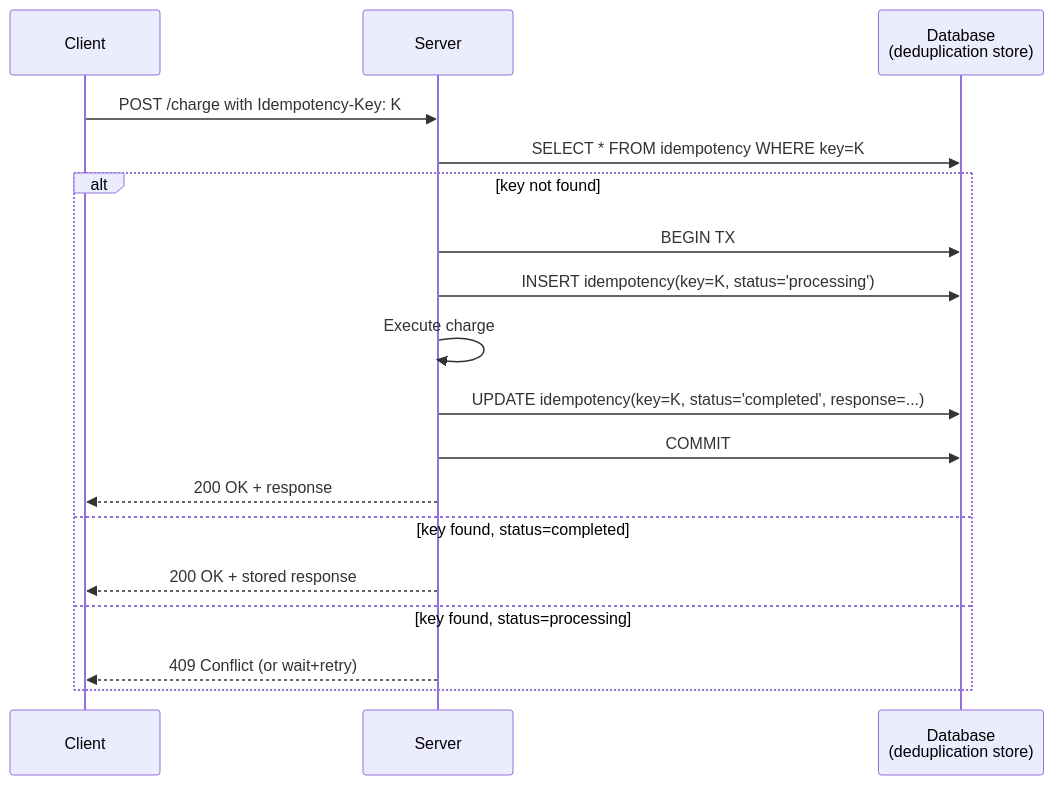
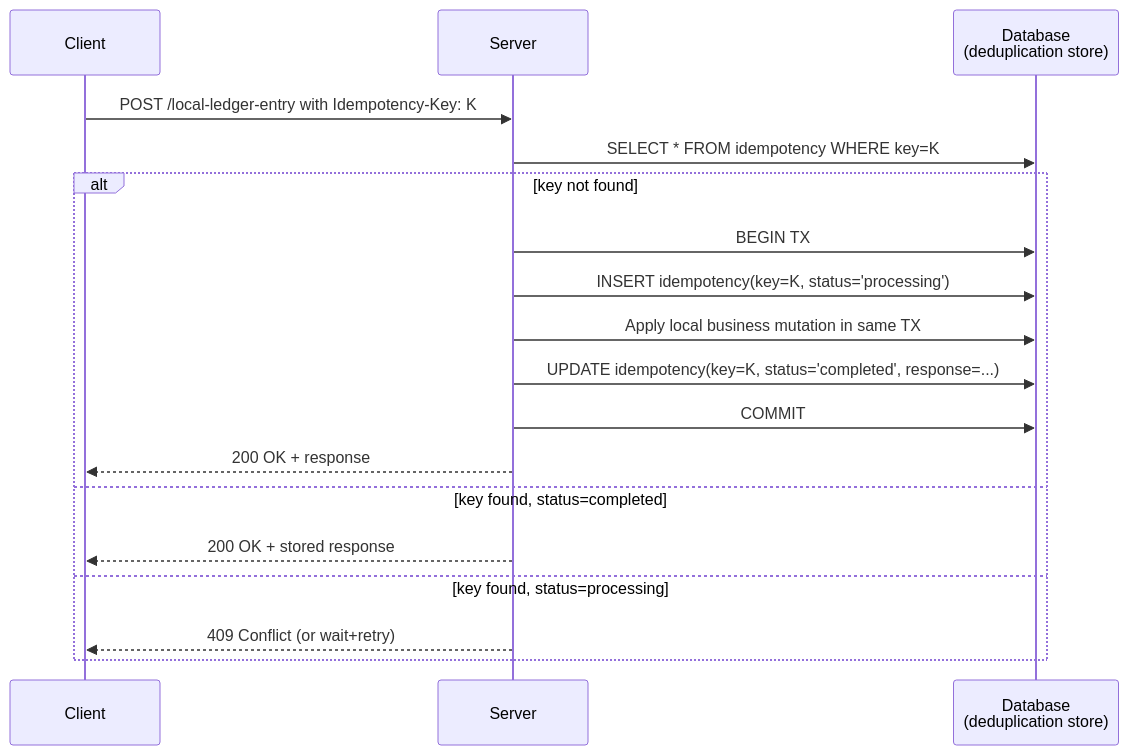
Before and after one commit to swarnsingh/android-staff-engineer-playbook-website: the first of 2 diagrams in distributed-systems/idempotency.md, drawn with Mermaid. The commit also changed other lines of this file and 70 other files, not shown here.

````diff
--- a/distributed-systems/idempotency.md
+++ b/distributed-systems/idempotency.md
@@ -90,21 +90,21 @@
 ```mermaid
 sequenceDiagram
     participant C as Client
     participant S as Server
     participant DB as Database<br/>(deduplication store)
 
-    C->>S: POST /charge with Idempotency-Key: K
+    C->>S: POST /local-ledger-entry with Idempotency-Key: K
     S->>DB: SELECT * FROM idempotency WHERE key=K
     alt key not found
         S->>DB: BEGIN TX
         S->>DB: INSERT idempotency(key=K, status='processing')
-        S->>S: Execute charge
+        S->>DB: Apply local business mutation in same TX
         S->>DB: UPDATE idempotency(key=K, status='completed', response=...)
         S->>DB: COMMIT
         S-->>C: 200 OK + response
     else key found, status=completed
         S-->>C: 200 OK + stored response
     else key found, status=processing
         S-->>C: 409 Conflict (or wait+retry)
     end
 ```
````
